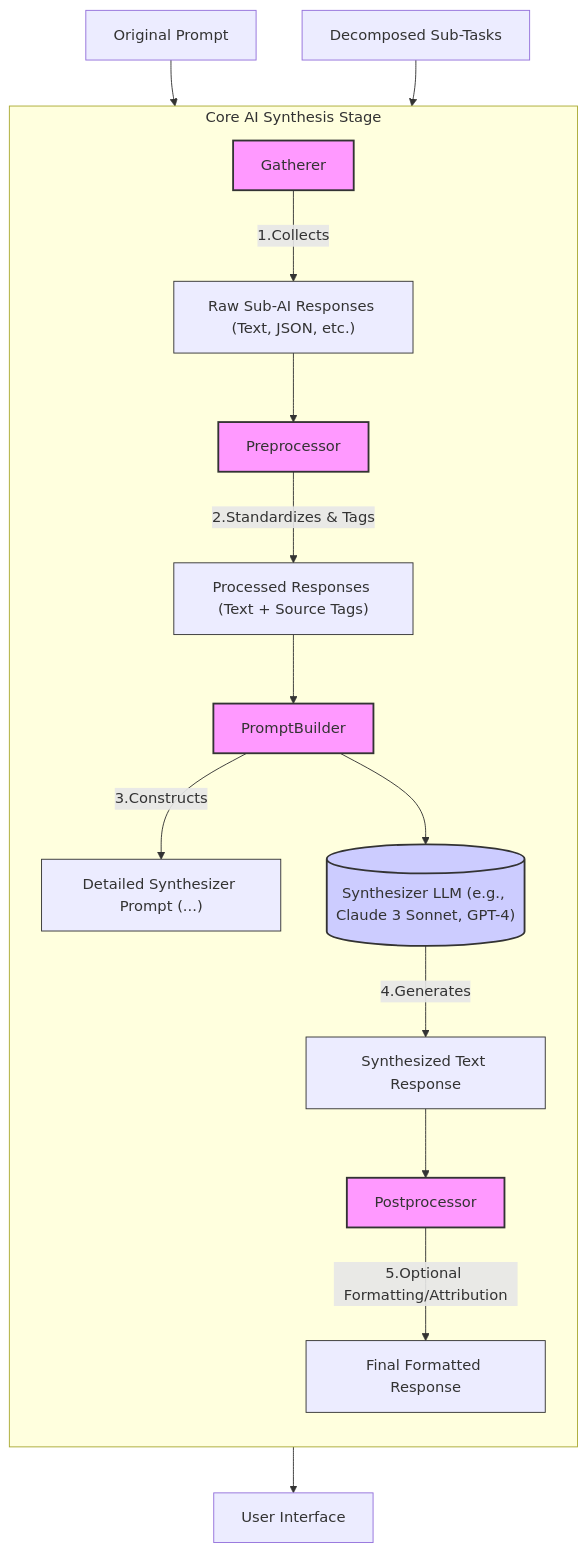
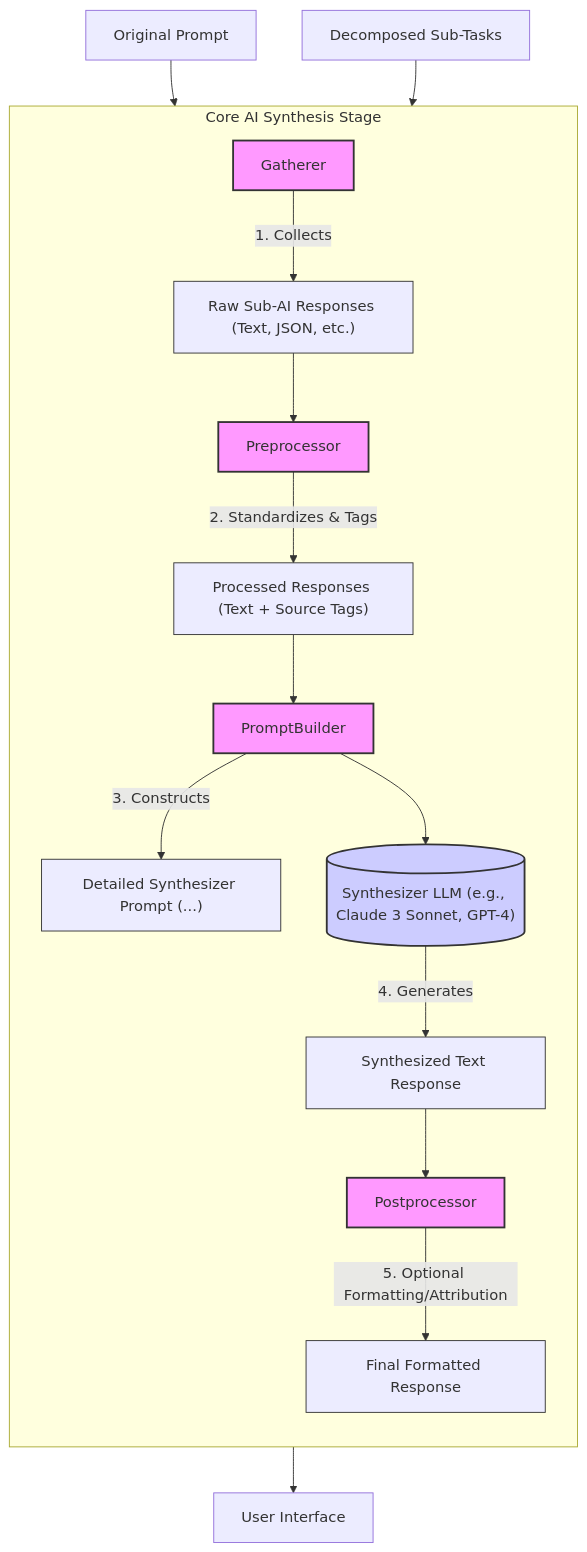
Before and after one commit to Ryno2390/Co-Lab: the first of 6 diagrams in README.md, drawn with Mermaid. The commit also changed other lines of this file, not shown here.

````diff
--- a/README.md
+++ b/README.md
@@ -71,38 +71,38 @@
 ```mermaid
 graph TD
     %% Define external inputs first for clarity
     OriginalPrompt[Original Prompt]
     DecomposedSubTasks[Decomposed Sub-Tasks]
 
     subgraph Core AI Synthesis Stage
         direction TB
-        Gatherer[Gatherer] -- 1.Collects --> RawResponses["Raw Sub-AI Responses (Text, JSON, etc.)"]
+        Gatherer[Gatherer] -- "1.&nbsp;Collects" --> RawResponses["Raw Sub-AI Responses (Text, JSON, etc.)"]
         RawResponses --> Preprocessor[Preprocessor]
-        Preprocessor -- 2.Standardizes & Tags --> ProcessedResponses["Processed Responses (Text + Source Tags)"]
+        Preprocessor -- "2.&nbsp;Standardizes & Tags" --> ProcessedResponses["Processed Responses (Text + Source Tags)"]
         ProcessedResponses --> PromptBuilder[PromptBuilder]
-        PromptBuilder -- 3.Constructs --> SynthesizerPrompt["Detailed Synthesizer Prompt (...)"]
+        PromptBuilder -- "3.&nbsp;Constructs" --> SynthesizerPrompt["Detailed Synthesizer Prompt (...)"]
         PromptBuilder --> SynthesizerLLM[("Synthesizer LLM (e.g., Claude 3 Sonnet, GPT-4)")]
-        SynthesizerLLM -- 4.Generates --> SynthesizedText["Synthesized Text Response"]
+        SynthesizerLLM -- "4.&nbsp;Generates" --> SynthesizedText["Synthesized Text Response"]
         SynthesizedText --> Postprocessor[Postprocessor]
-        Postprocessor -- 5.Optional Formatting/Attribution --> FinalResponse[Final Formatted Response]
+        Postprocessor -- "5.&nbsp;Optional Formatting/Attribution" --> FinalResponse[Final Formatted Response]
     end
 
     %% Connect external inputs to the subgraph node
     OriginalPrompt --> PromptBuilder
     DecomposedSubTasks --> PromptBuilder
 
     %% Connect subgraph output to external node
     FinalResponse --> UI[User Interface]
 
     %% Optional: Style nodes if desired
     style Gatherer fill:#f9f,stroke:#333,stroke-width:2px
     style Preprocessor fill:#f9f,stroke:#333,stroke-width:2px
     style PromptBuilder fill:#f9f,stroke:#333,stroke-width:2px
     style SynthesizerLLM fill:#ccf,stroke:#333,stroke-width:2px
     style Postprocessor fill:#f9f,stroke:#333,stroke-width:2px
     style RawResponses fill:#lightgrey,stroke:#333
     style ProcessedResponses fill:#lightgrey,stroke:#333
     style SynthesizerPrompt fill:#lightgrey,stroke:#333
     style SynthesizedText fill:#lightgrey,stroke:#333
     style FinalResponse fill:#lightgrey,stroke:#333
 ```
````
